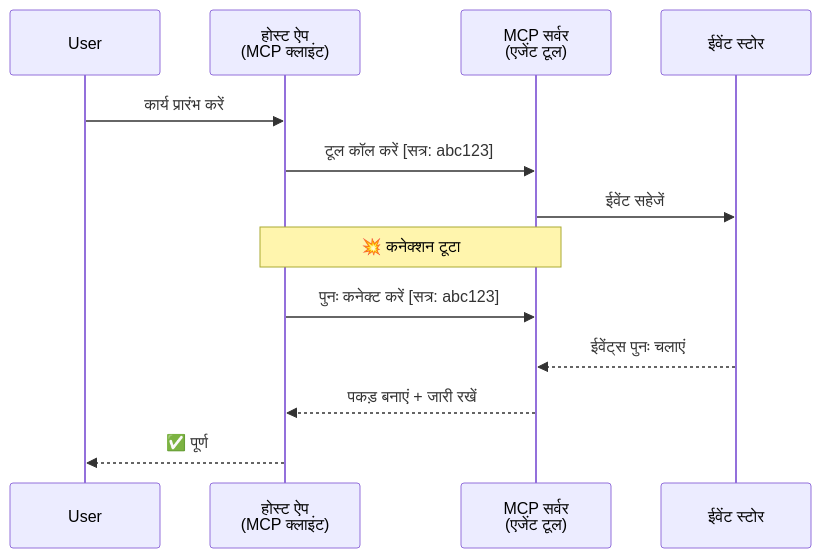
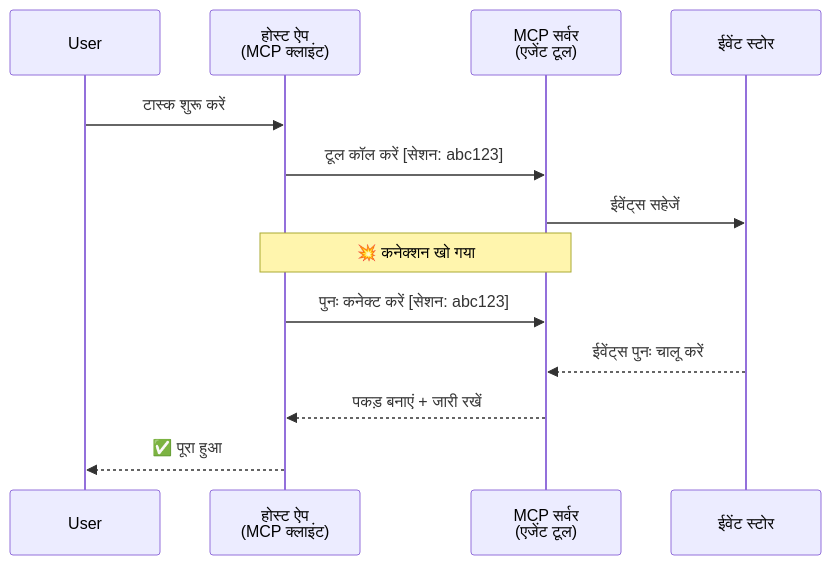
The second of 5 diagrams in mirrors/repos/microsoft@ai-agents-for-beginners/translations/hi/11-agentic-protocols/code_samples/mcp-agents/README.md (gabrielmoreira/agent-skills-mirror), drawn with Mermaid before and after one commit. The commit also changed other lines of this file and 4262 other files, not shown here.

````diff
--- a/mirrors/repos/microsoft@ai-agents-for-beginners/translations/hi/11-agentic-protocols/code_samples/mcp-agents/README.md
+++ b/mirrors/repos/microsoft@ai-agents-for-beginners/translations/hi/11-agentic-protocols/code_samples/mcp-agents/README.md
@@ -82,18 +82,18 @@
 ```mermaid
 sequenceDiagram
     participant User
     participant Host as होस्ट ऐप<br/>(MCP क्लाइंट)
     participant Server as MCP सर्वर<br/>(एजेंट टूल)
     participant Store as ईवेंट स्टोर
 
-    User->>Host: कार्य प्रारंभ करें
-    Host->>Server: टूल कॉल करें [सत्र: abc123]
-    Server->>Store: ईवेंट सहेजें
+    User->>Host: टास्क शुरू करें
+    Host->>Server: टूल कॉल करें [सेशन: abc123]
+    Server->>Store: ईवेंट्स सहेजें
 
-    Note over Host,Server: 💥 कनेक्शन टूटा
+    Note over Host,Server: 💥 कनेक्शन खो गया
 
-    Host->>Server: पुनः कनेक्ट करें [सत्र: abc123]
-    Store-->>Server: ईवेंट्स पुनः चलाएं
+    Host->>Server: पुनः कनेक्ट करें [सेशन: abc123]
+    Store-->>Server: ईवेंट्स पुनः चालू करें
     Server-->>Host: पकड़ बनाएं + जारी रखें
-    Host-->>User: ✅ पूर्ण
+    Host-->>User: ✅ पूरा हुआ
 ```
````
